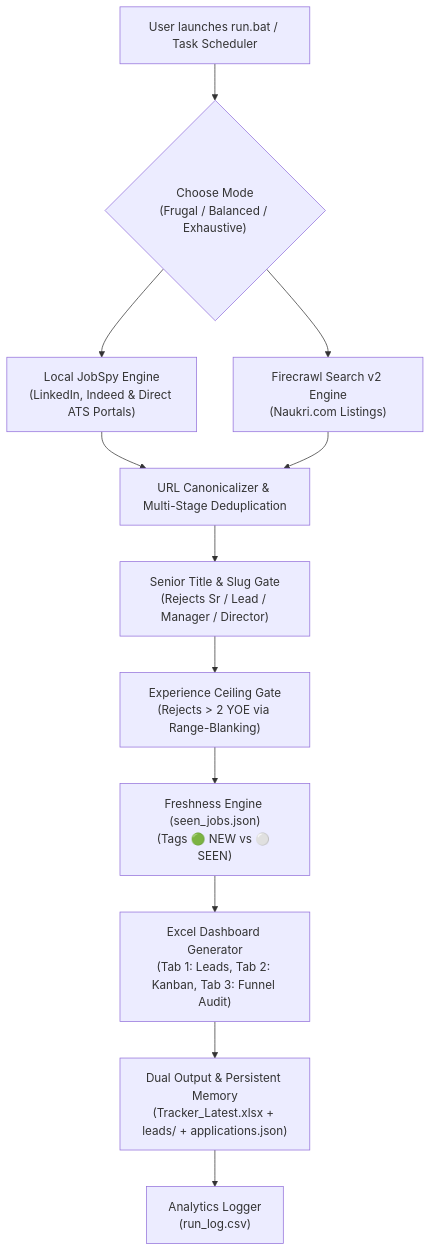
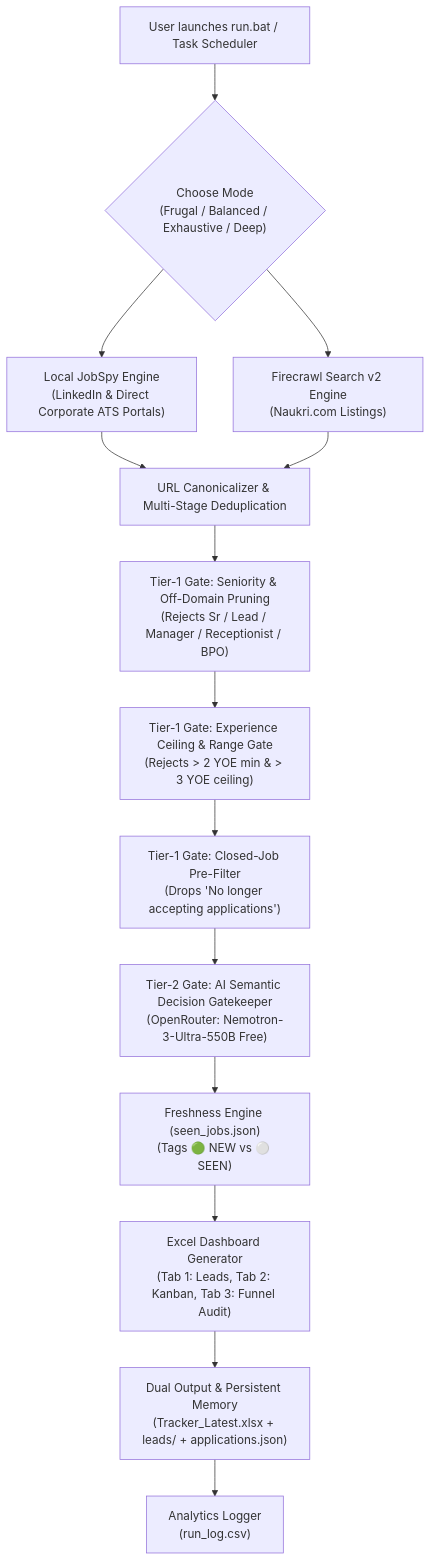
The diagram in README.md (harsha71018/Project-Heimdall), drawn with Mermaid before and after one commit. The commit also changed other lines of this file, not shown here.

Commit message:
docs: update README with two-tier quality funnel, AI gatekeeper, and expanded status options

````diff
--- a/README.md
+++ b/README.md
@@ -65,14 +69,16 @@
 ```mermaid
 flowchart TD
-    A["User launches run.bat / Task Scheduler"] --> B{"Choose Mode<br/>(Frugal / Balanced / Exhaustive)"}
-    B --> C["Local JobSpy Engine<br/>(LinkedIn, Indeed & Direct ATS Portals)"]
+    A["User launches run.bat / Task Scheduler"] --> B{"Choose Mode<br/>(Frugal / Balanced / Exhaustive / Deep)"}
+    B --> C["Local JobSpy Engine<br/>(LinkedIn & Direct Corporate ATS Portals)"]
     B --> D["Firecrawl Search v2 Engine<br/>(Naukri.com Listings)"]
     C --> E["URL Canonicalizer & Multi-Stage Deduplication"]
     D --> E
-    E --> F["Senior Title & Slug Gate<br/>(Rejects Sr / Lead / Manager / Director)"]
-    F --> G["Experience Ceiling Gate<br/>(Rejects > 2 YOE via Range-Blanking)"]
-    G --> H["Freshness Engine (seen_jobs.json)<br/>(Tags 🟢 NEW vs ⚪ SEEN)"]
-    H --> I["Excel Dashboard Generator<br/>(Tab 1: Leads, Tab 2: Kanban, Tab 3: Funnel Audit)"]
-    I --> J["Dual Output & Persistent Memory<br/>(Tracker_Latest.xlsx + leads/ + applications.json)"]
-    J --> K["Analytics Logger<br/>(run_log.csv)"]
+    E --> F["Tier-1 Gate: Seniority & Off-Domain Pruning<br/>(Rejects Sr / Lead / Manager / Receptionist / BPO)"]
+    F --> G["Tier-1 Gate: Experience Ceiling & Range Gate<br/>(Rejects > 2 YOE min & > 3 YOE ceiling)"]
+    G --> H["Tier-1 Gate: Closed-Job Pre-Filter<br/>(Drops 'No longer accepting applications')"]
+    H --> I["Tier-2 Gate: AI Semantic Decision Gatekeeper<br/>(OpenRouter: Nemotron-3-Ultra-550B Free)"]
+    I --> J["Freshness Engine (seen_jobs.json)<br/>(Tags 🟢 NEW vs ⚪ SEEN)"]
+    J --> K["Excel Dashboard Generator<br/>(Tab 1: Leads, Tab 2: Kanban, Tab 3: Funnel Audit)"]
+    K --> L["Dual Output & Persistent Memory<br/>(Tracker_Latest.xlsx + leads/ + applications.json)"]
+    L --> M["Analytics Logger<br/>(run_log.csv)"]
 ```
````
